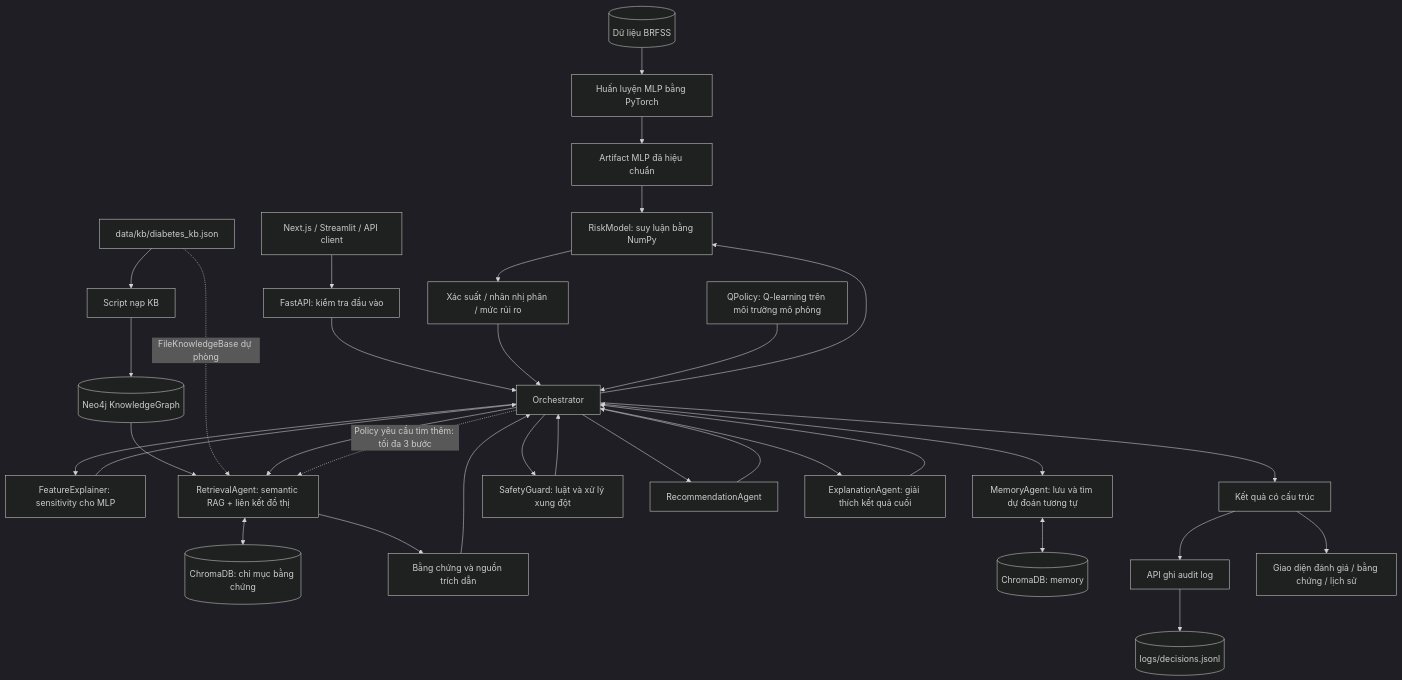
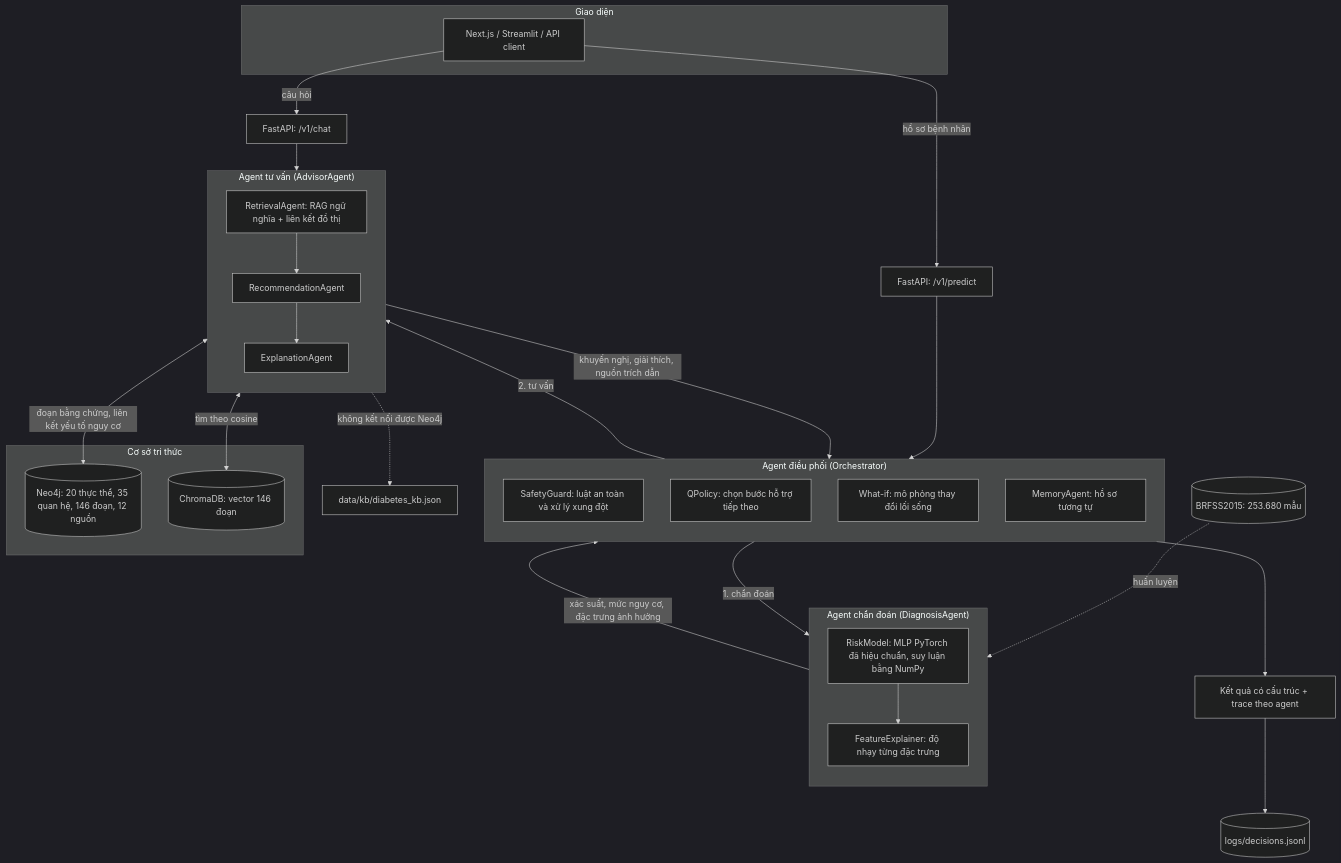
Before and after one commit to halobiron/Diabetes_Agent: the first of 2 diagrams in docs/architecture.md, drawn with Mermaid (dark theme). The commit also changed other lines of this file and 28 other files, not shown here.

````diff
--- a/docs/architecture.md
+++ b/docs/architecture.md
@@ -7,35 +7,52 @@
 ```mermaid
 flowchart TD
-    DB[(Dữ liệu BRFSS)] --> TRAIN[Huấn luyện MLP bằng PyTorch]
-    TRAIN --> ART[Artifact MLP đã hiệu chuẩn]
-    INPUT[Next.js / Streamlit / API client] --> API[FastAPI: kiểm tra đầu vào]
-    API --> O[Orchestrator]
-    ART --> MODEL[RiskModel: suy luận bằng NumPy]
-    O --> MODEL
-    MODEL --> P[Xác suất / nhãn nhị phân / mức rủi ro]
-    P --> O
-    O --> FE[FeatureExplainer: sensitivity cho MLP]
-    FE --> O
-    FILE[data/kb/diabetes_kb.json] --> LOAD[Script nạp KB]
-    LOAD --> KG[(Neo4j KnowledgeGraph)]
-    KG --> R[RetrievalAgent: semantic RAG + liên kết đồ thị]
-    FILE -. FileKnowledgeBase dự phòng .-> R
-    R <--> IDX[(ChromaDB: chỉ mục bằng chứng)]
-    O --> R
-    R --> EVID[Bằng chứng và nguồn trích dẫn]
-    EVID --> O
-    O <--> MEM[MemoryAgent: lưu và tìm dự đoán tương tự]
-    MEM <--> STORE[(ChromaDB: memory)]
-    O --> SAFE[SafetyGuard: luật và xử lý xung đột]
-    SAFE --> O
-    O --> REC[RecommendationAgent]
-    REC --> O
-    POLICY[QPolicy: Q-learning trên môi trường mô phỏng] --> O
-    O -. Policy yêu cầu tìm thêm: tối đa 3 bước .-> R
-    O --> EXP[ExplanationAgent: giải thích kết quả cuối]
-    EXP --> O
-    O --> OUT[Kết quả có cấu trúc]
-    OUT --> AUDIT[API ghi audit log]
-    AUDIT --> LOG[(logs/decisions.jsonl)]
-    OUT --> UI[Giao diện đánh giá / bằng chứng / lịch sử]
+    subgraph UI["Giao diện"]
+        WEB["Next.js / Streamlit / API client"]
+    end
+
+    WEB -->|"hồ sơ bệnh nhân"| API["FastAPI: /v1/predict"]
+    WEB -->|"câu hỏi"| CHAT["FastAPI: /v1/chat"]
+    API --> ORCH
+
+    subgraph ORCH["Agent điều phối (Orchestrator)"]
+        direction TB
+        SAFE["SafetyGuard: luật an toàn và xử lý xung đột"]
+        POLICY["QPolicy: chọn bước hỗ trợ tiếp theo"]
+        WHATIF["What-if: mô phỏng thay đổi lối sống"]
+        MEM["MemoryAgent: hồ sơ tương tự"]
+    end
+
+    ORCH -->|"1. chẩn đoán"| DIAG
+    DIAG -->|"xác suất, mức nguy cơ, đặc trưng ảnh hưởng"| ORCH
+    ORCH -->|"2. tư vấn"| ADV
+    ADV -->|"khuyến nghị, giải thích, nguồn trích dẫn"| ORCH
+    ORCH --> OUT["Kết quả có cấu trúc + trace theo agent"]
+    OUT --> AUDIT[("logs/decisions.jsonl")]
+
+    subgraph DIAG["Agent chẩn đoán (DiagnosisAgent)"]
+        direction TB
+        RM["RiskModel: MLP PyTorch đã hiệu chuẩn, suy luận bằng NumPy"]
+        FE["FeatureExplainer: độ nhạy từng đặc trưng"]
+        RM --> FE
+    end
+
+    subgraph ADV["Agent tư vấn (AdvisorAgent)"]
+        direction TB
+        RET["RetrievalAgent: RAG ngữ nghĩa + liên kết đồ thị"]
+        REC["RecommendationAgent"]
+        EXP["ExplanationAgent"]
+        RET --> REC --> EXP
+    end
+
+    BRFSS[("BRFSS2015: 253.680 mẫu")] -.->|"huấn luyện"| RM
+
+    subgraph KBS["Cơ sở tri thức"]
+        NEO[("Neo4j: 20 thực thể, 35 quan hệ, 146 đoạn, 12 nguồn")]
+        CHR[("ChromaDB: vector 146 đoạn")]
+    end
+
+    RET <-->|"đoạn bằng chứng, liên kết yếu tố nguy cơ"| NEO
+    RET <-->|"tìm theo cosine"| CHR
+    CHAT --> RET
+    RET -.->|"không kết nối được Neo4j"| FILE["data/kb/diabetes_kb.json"]
 ```
````
